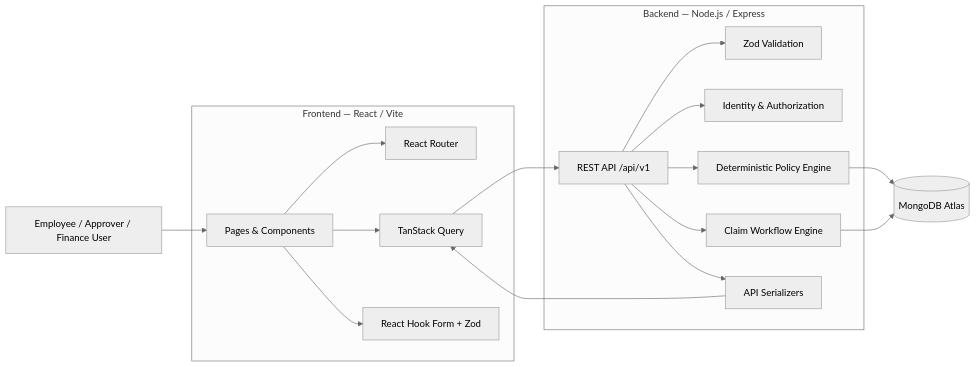
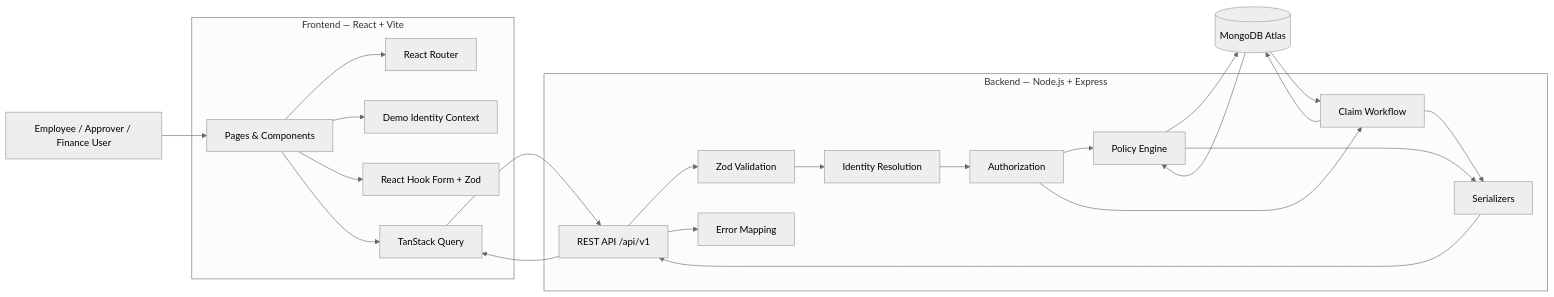
One commit to akshaychavan23031998/AI-Planet changed the fourth of 25 diagrams in README.md. Above: the diagram before and after it, drawn with Mermaid (neutral theme). The commit also changed other lines of this file, not shown here.

````diff
--- a/README.md
+++ b/README.md
@@ -320,37 +307,46 @@
 ```mermaid
 flowchart LR
     User["Employee / Approver / Finance User"]
 
-    subgraph Frontend["Frontend — React / Vite"]
+    subgraph Frontend["Frontend — React + Vite"]
         Router["React Router"]
         Query["TanStack Query"]
+        Context["Demo Identity Context"]
+        Forms["React Hook Form + Zod"]
         UI["Pages & Components"]
-        Forms["React Hook Form + Zod"]
     end
 
-    subgraph Backend["Backend — Node.js / Express"]
-        API["REST API /api/v1"]
-        Validation["Zod Validation"]
-        Authz["Identity & Authorization"]
-        Policy["Deterministic Policy Engine"]
-        Workflow["Claim Workflow Engine"]
-        Serializer["API Serializers"]
+    subgraph Backend["Backend — Node.js + Express"]
+        HTTP["REST API /api/v1"]
+        Input["Zod Validation"]
+        Identity["Identity Resolution"]
+        Authz["Authorization"]
+        Policy["Policy Engine"]
+        Workflow["Claim Workflow"]
+        Serializer["Serializers"]
+        Error["Error Mapping"]
     end
 
     DB[("MongoDB Atlas")]
 
     User --> UI
     UI --> Router
+    UI --> Context
+    UI --> Forms
     UI --> Query
-    UI --> Forms
-    Query --> API
-
-    API --> Validation
-    API --> Authz
-    API --> Policy
-    API --> Workflow
+    Query --> HTTP
+    HTTP --> Input
+    Input --> Identity
+    Identity --> Authz
+    Authz --> Policy
+    Authz --> Workflow
     Policy --> DB
     Workflow --> DB
-    API --> Serializer
-    Serializer --> Query
+    DB --> Policy
+    DB --> Workflow
+    Policy --> Serializer
+    Workflow --> Serializer
+    Serializer --> HTTP
+    HTTP --> Query
+    HTTP --> Error
 ```
````
